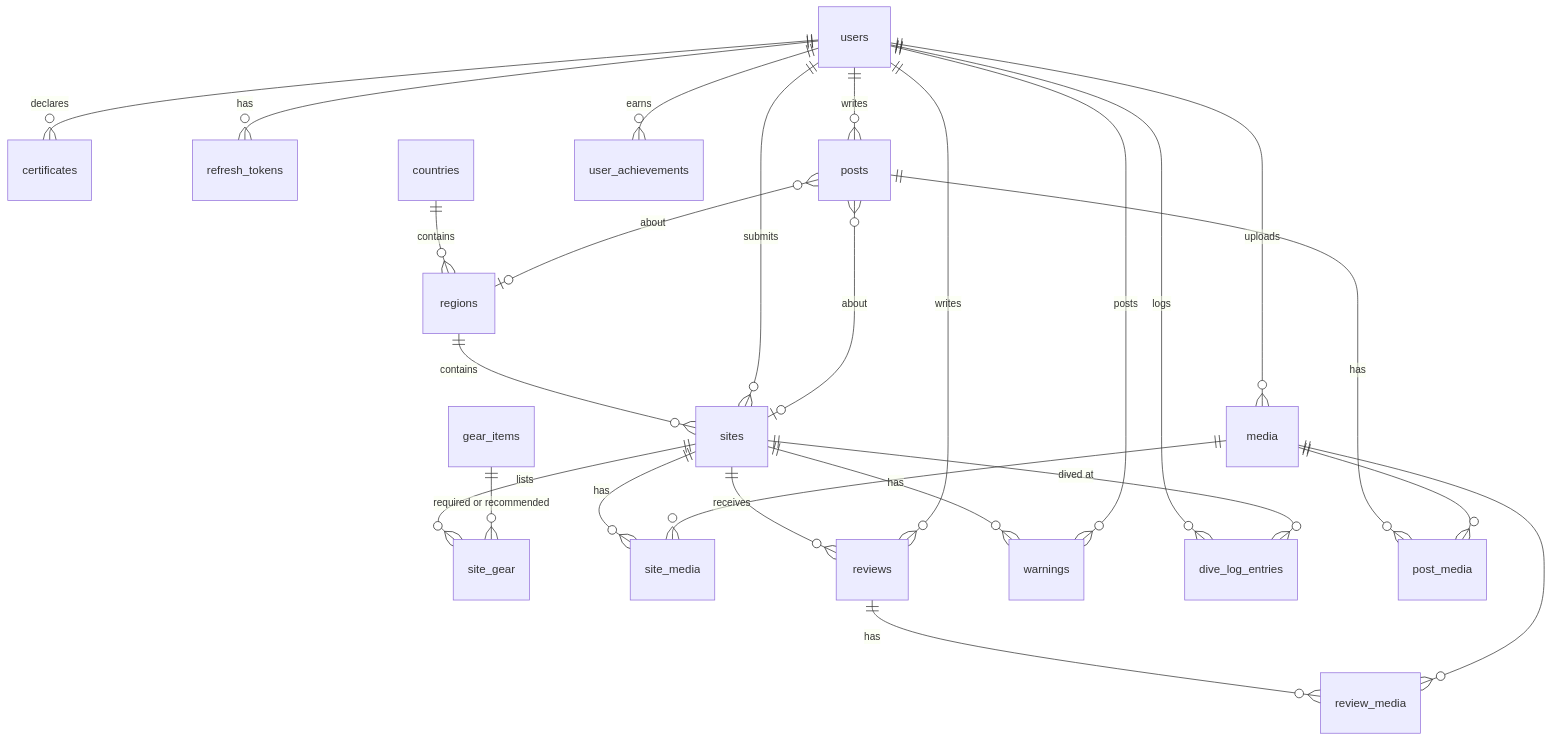
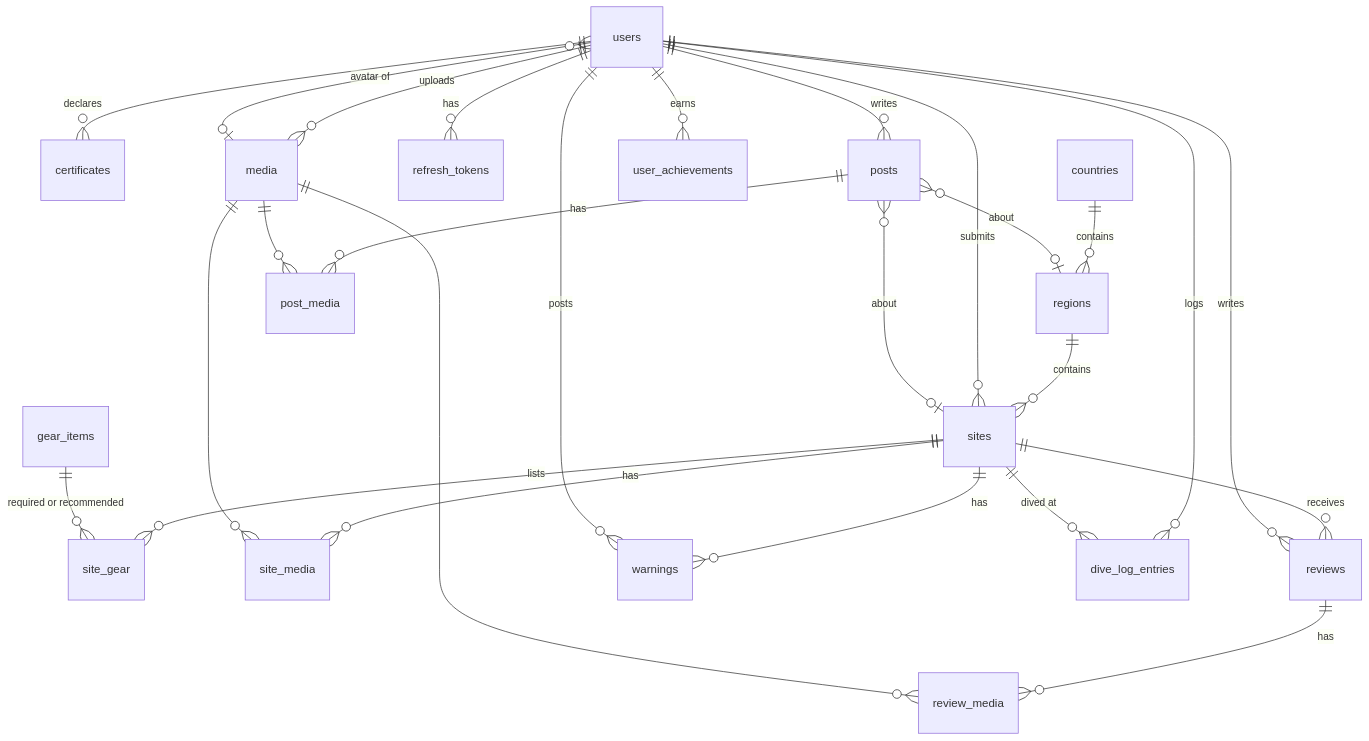
Before and after one commit to otipz19/naukma-divenet: the second of 2 diagrams in docs/ARCHITECTURE.md, drawn with Mermaid. The commit also changed 47 other files, not shown here.

````diff
--- a/docs/ARCHITECTURE.md
+++ b/docs/ARCHITECTURE.md
@@ -132,27 +132,28 @@
 ```mermaid
 erDiagram
   users ||--o{ certificates : declares
+  media |o--o{ users : "avatar of"
   users ||--o{ refresh_tokens : has
   countries ||--o{ regions : contains
   regions ||--o{ sites : contains
   sites ||--o{ site_gear : lists
   gear_items ||--o{ site_gear : "required or recommended"
   users ||--o{ sites : submits
   users ||--o{ media : uploads
   sites ||--o{ site_media : has
   sites ||--o{ reviews : receives
   users ||--o{ reviews : writes
   reviews ||--o{ review_media : has
   sites ||--o{ warnings : has
   users ||--o{ warnings : posts
   users ||--o{ dive_log_entries : logs
   sites ||--o{ dive_log_entries : "dived at"
   users ||--o{ user_achievements : earns
   users ||--o{ posts : writes
   posts }o--o| sites : "about"
   posts }o--o| regions : "about"
   posts ||--o{ post_media : has
   media ||--o{ site_media : ""
   media ||--o{ review_media : ""
   media ||--o{ post_media : ""
 ```
````
